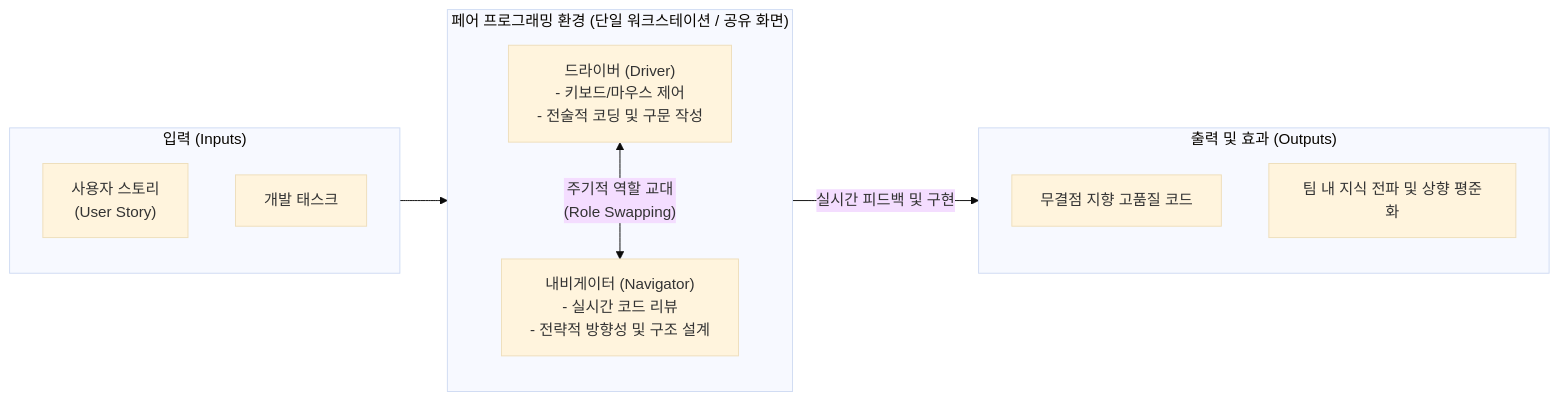
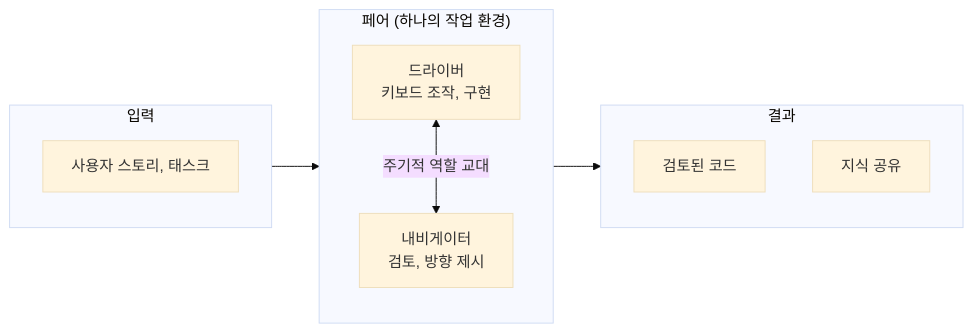
One commit to supremethumb/supremethumb.github.io changed the diagram in content/01_IT Tech/페어 프로그래밍.md. Above: the diagram before and after it, drawn with Mermaid (base theme). The commit also changed other lines of this file and 1087 other files, not shown here.

````diff
--- a/content/01_IT Tech/페어 프로그래밍.md
+++ b/content/01_IT Tech/페어 프로그래밍.md
@@ -23,26 +35,18 @@
 ```mermaid
 flowchart LR
-    subgraph Pair_Environment ["페어 프로그래밍 환경 (단일 워크스테이션 / 공유 화면)"]
+    subgraph In ["입력"]
+        US["사용자 스토리, 태스크"]
+    end
+    subgraph Pair ["페어 (하나의 작업 환경)"]
         direction TB
-        Driver["드라이버 (Driver)<br/>- 키보드/마우스 제어<br/>- 전술적 코딩 및 구문 작성"]
-        Navigator["내비게이터 (Navigator)<br/>- 실시간 코드 리뷰<br/>- 전략적 방향성 및 구조 설계"]
-        
-        Driver <--"주기적 역할 교대<br/>(Role Swapping)"--> Navigator
+        D["드라이버<br/>키보드 조작, 구현"]
+        N["내비게이터<br/>검토, 방향 제시"]
+        D <-->|"주기적 역할 교대"| N
     end
-
-    subgraph Inputs ["입력 (Inputs)"]
+    subgraph Out ["결과"]
         direction TB
-        US["사용자 스토리<br/>(User Story)"]
-        Task["개발 태스크"]
+        Code["검토된 코드"]
+        K["지식 공유"]
     end
-
-    subgraph Outputs ["출력 및 효과 (Outputs)"]
-        direction TB
-        Code["무결점 지향 고품질 코드"]
-        Knowledge["팀 내 지식 전파 및 상향 평준화"]
-    end
-
-    Inputs --> Pair_Environment
-    Pair_Environment -- "실시간 피드백 및 구현" --> Outputs
-
+    In --> Pair --> Out
 ```
````
